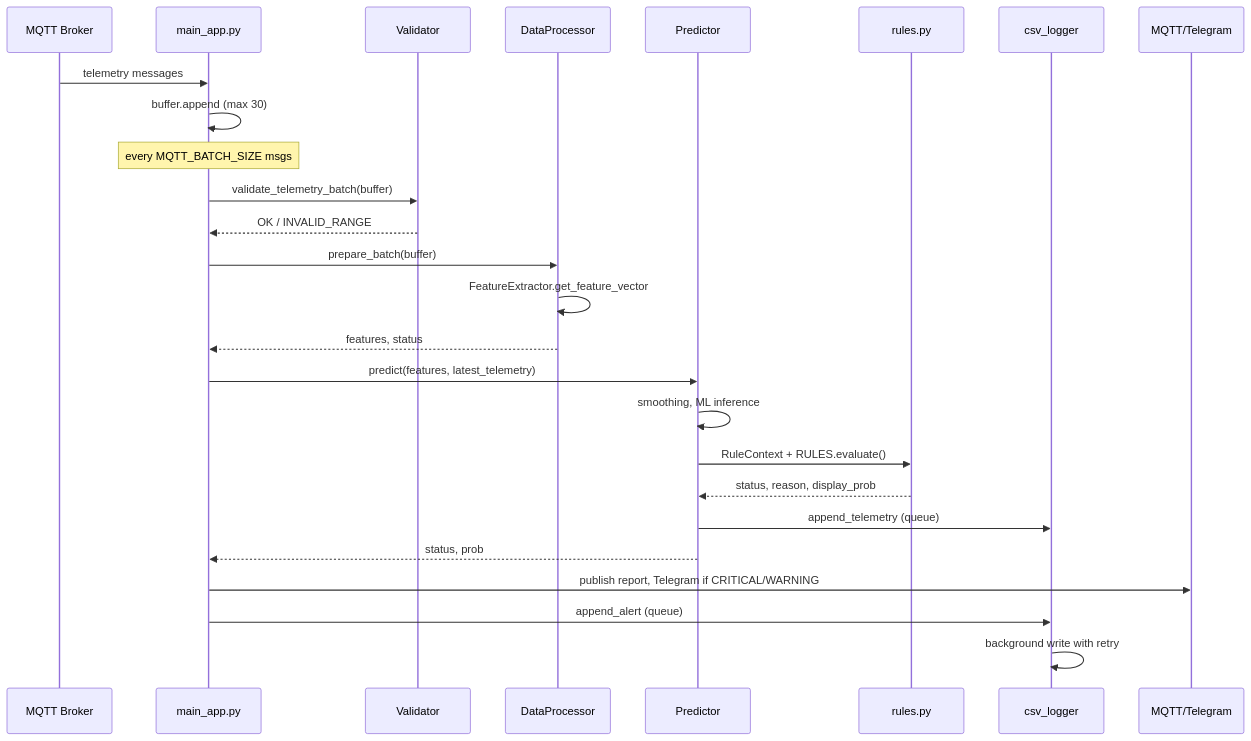
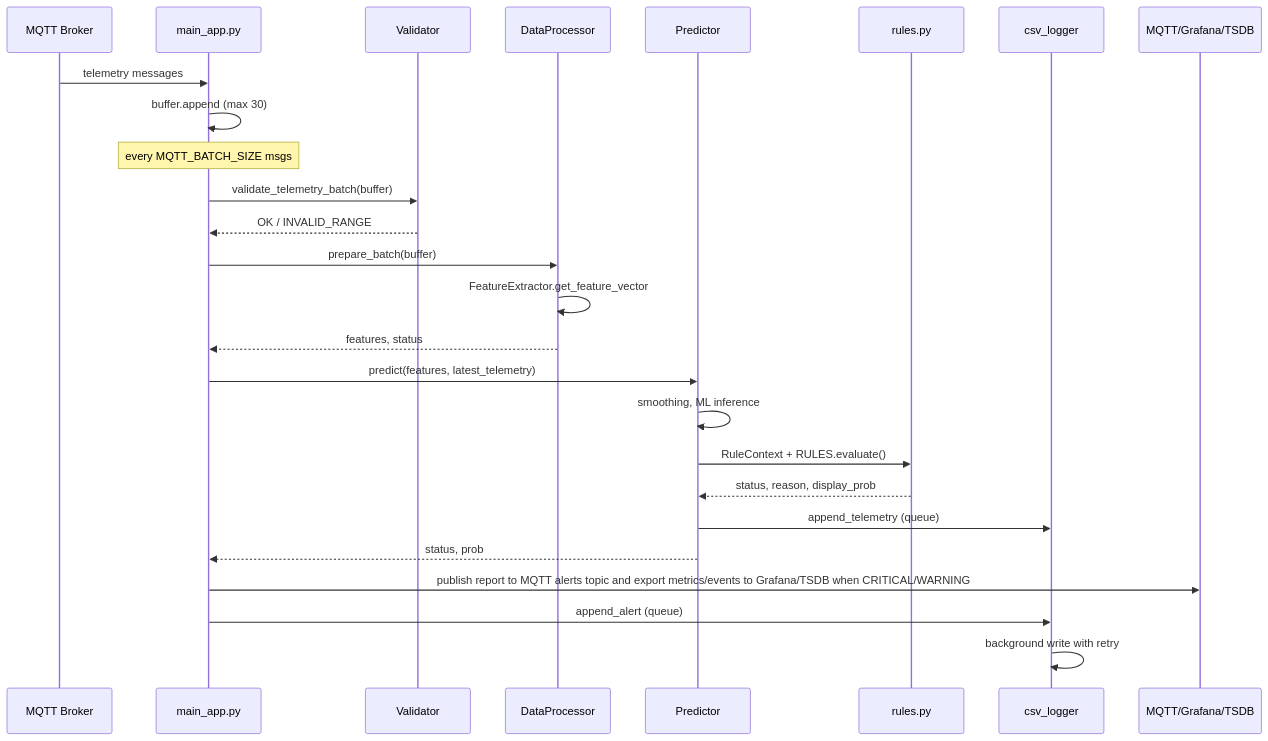
One commit to plantagenet777/dev-workspace-2026 changed the second of 3 diagrams in docs/en/ARCHITECTURE.md. Above: the diagram before and after it, drawn with Mermaid. The commit also changed other lines of this file and 6 other files, not shown here.

First line of the commit message:
docs: switch architecture and rules output from Telegram to Grafana/TSDB

````diff
--- a/docs/en/ARCHITECTURE.md
+++ b/docs/en/ARCHITECTURE.md
@@ -52,29 +52,29 @@
 ```mermaid
 sequenceDiagram
     participant MQTT as MQTT Broker
     participant App as main_app.py
     participant Val as Validator
     participant Proc as DataProcessor
     participant Pred as Predictor
     participant Rules as rules.py
     participant CSV as csv_logger
-    participant Out as MQTT/Telegram
+    participant Out as MQTT/Grafana/TSDB
 
     MQTT->>App: telemetry messages
     App->>App: buffer.append (max 30)
     Note over App: every MQTT_BATCH_SIZE msgs
     App->>Val: validate_telemetry_batch(buffer)
     Val-->>App: OK / INVALID_RANGE
     App->>Proc: prepare_batch(buffer)
     Proc->>Proc: FeatureExtractor.get_feature_vector
     Proc-->>App: features, status
     App->>Pred: predict(features, latest_telemetry)
     Pred->>Pred: smoothing, ML inference
     Pred->>Rules: RuleContext + RULES.evaluate()
     Rules-->>Pred: status, reason, display_prob
     Pred->>CSV: append_telemetry (queue)
     Pred-->>App: status, prob
-    App->>Out: publish report, Telegram if CRITICAL/WARNING
+    App->>Out: publish report to MQTT alerts topic and export metrics/events to Grafana/TSDB when CRITICAL/WARNING
     App->>CSV: append_alert (queue)
     CSV->>CSV: background write with retry
 ```
````
